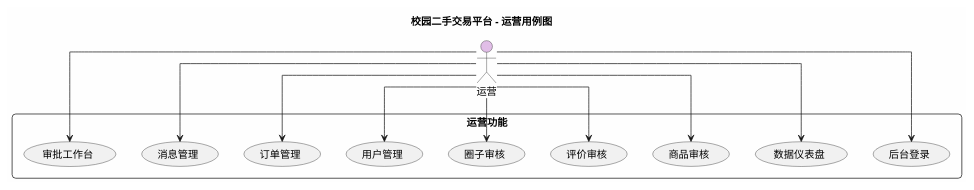
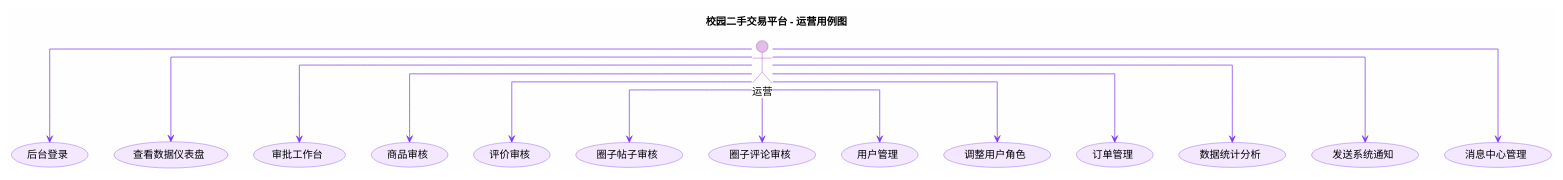
The diagram in docs/usecase-operator.puml (RYELOBE/hmapp01), drawn with PlantUML before and after one commit. The commit also changed 2 other files, not shown here.

```diff
--- a/docs/usecase-operator.puml
+++ b/docs/usecase-operator.puml
@@ -1,33 +1,48 @@
 @startuml
 skinparam backgroundColor #FEFEFE
 skinparam shadowing false
 skinparam roundcorner 10
 skinparam linetype ortho
+skinparam usecase {
+  BackgroundColor #F3E8FF
+  BorderColor #7C3AED
+  ArrowColor #7C3AED
+}
+skinparam actor {
+  BackgroundColor #E1BEE7
+  BorderColor #9C27B0
+}
 
 title 校园二手交易平台 - 运营用例图
 
-actor "运营" as operator #E1BEE7
+actor "运营" as operator
 
-rectangle "运营功能" {
-    usecase "后台登录" as UC1
-    usecase "数据仪表盘" as UC2
-    usecase "商品审核" as UC3
-    usecase "评价审核" as UC4
-    usecase "圈子审核" as UC5
-    usecase "用户管理" as UC6
-    usecase "订单管理" as UC7
-    usecase "消息管理" as UC8
-    usecase "审批工作台" as UC9
-}
+usecase "后台登录" as UC1
+usecase "查看数据仪表盘" as UC2
+usecase "审批工作台" as UC3
+usecase "商品审核" as UC4
+usecase "评价审核" as UC5
+usecase "圈子帖子审核" as UC6
+usecase "圈子评论审核" as UC7
+usecase "用户管理" as UC8
+usecase "调整用户角色" as UC9
+usecase "订单管理" as UC10
+usecase "数据统计分析" as UC11
+usecase "发送系统通知" as UC12
+usecase "消息中心管理" as UC13
 
 operator --> UC1
 operator --> UC2
 operator --> UC3
 operator --> UC4
 operator --> UC5
 operator --> UC6
 operator --> UC7
 operator --> UC8
 operator --> UC9
+operator --> UC10
+operator --> UC11
+operator --> UC12
+operator --> UC13
 
 @enduml
```
